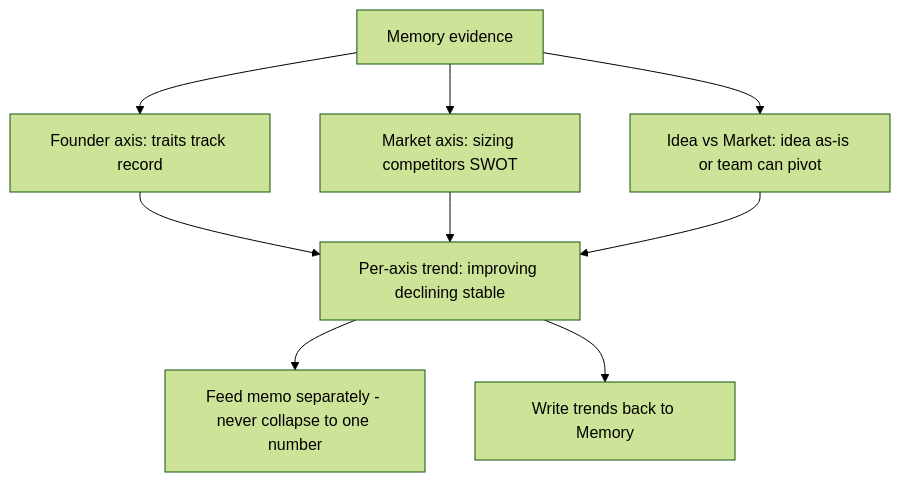
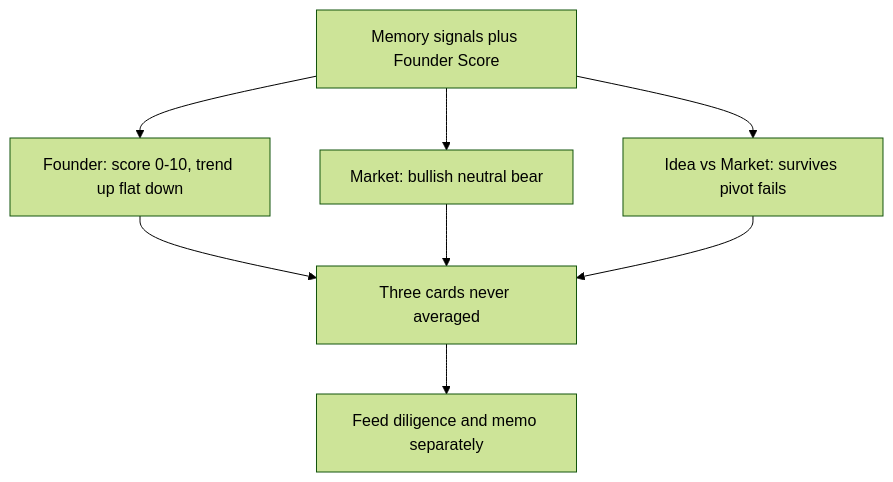
Before and after one commit to YagizSeymen/testtry: the fifth of 8 diagrams in Plan.md, drawn with Mermaid (forest theme). The commit also changed other lines of this file, not shown here.

````diff
--- a/Plan.md
+++ b/Plan.md
@@ -214,19 +218,17 @@
 ```mermaid
 flowchart TB
-  Evidence[Memory evidence]
-  FounderAxis[Founder axis: traits track record]
-  MarketAxis[Market axis: sizing competitors SWOT]
-  IdeaAxis[Idea vs Market: idea as-is or team can pivot]
-  Trends[Per-axis trend: improving declining stable]
-  MemoInputs[Feed memo separately - never collapse to one number]
-  MemoryFeedback[Write trends back to Memory]
+  Evidence[Memory signals plus Founder Score]
+  FounderAxis["Founder: score 0-10, trend up flat down"]
+  MarketAxis["Market: bullish neutral bear"]
+  IdeaAxis["Idea vs Market: survives pivot fails"]
+  Cards[Three cards never averaged]
+  MemoDiligence[Feed diligence and memo separately]
 
   Evidence --> FounderAxis
   Evidence --> MarketAxis
   Evidence --> IdeaAxis
-  FounderAxis --> Trends
-  MarketAxis --> Trends
-  IdeaAxis --> Trends
-  Trends --> MemoInputs
-  Trends --> MemoryFeedback
+  FounderAxis --> Cards
+  MarketAxis --> Cards
+  IdeaAxis --> Cards
+  Cards --> MemoDiligence
 ```
````
